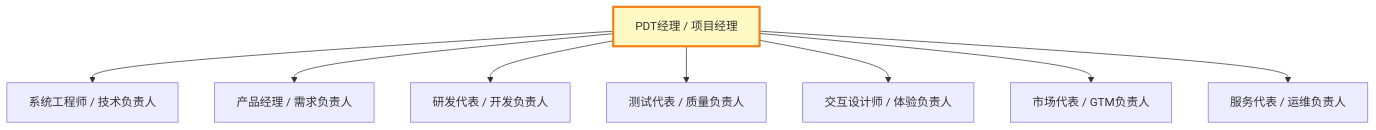
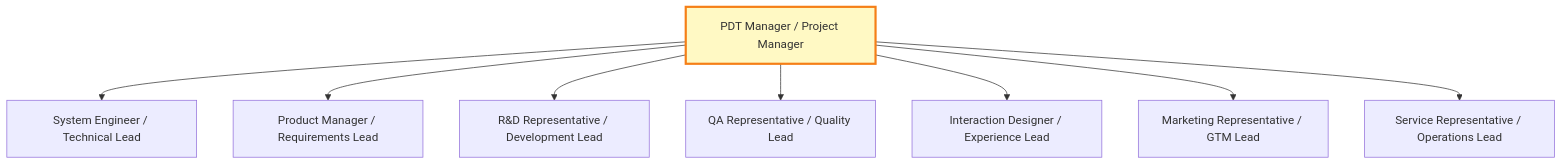
One commit to Kirky-X/cangjie changed diagram 15 of 18 in templates/产品/战略层/【模板】市场需求文档.md. Above: the diagram before and after it, drawn with Mermaid. The commit also changed other lines of this file and 46 other files, not shown here.

````diff
--- a/templates/产品/战略层/【模板】市场需求文档.md
+++ b/templates/产品/战略层/【模板】市场需求文档.md
@@ -644,12 +644,12 @@
 ```mermaid
 graph TD
-    PDT[PDT经理 / 项目经理] --> SE[系统工程师 / 技术负责人]
-    PDT --> PM[产品经理 / 需求负责人]
-    PDT --> RD[研发代表 / 开发负责人]
-    PDT --> QA[测试代表 / 质量负责人]
-    PDT --> ID[交互设计师 / 体验负责人]
-    PDT --> MKT[市场代表 / GTM负责人]
-    PDT --> SVC[服务代表 / 运维负责人]
+    PDT[PDT Manager / Project Manager] --> SE[System Engineer / Technical Lead]
+    PDT --> PM[Product Manager / Requirements Lead]
+    PDT --> RD[R&D Representative / Development Lead]
+    PDT --> QA[QA Representative / Quality Lead]
+    PDT --> ID[Interaction Designer / Experience Lead]
+    PDT --> MKT[Marketing Representative / GTM Lead]
+    PDT --> SVC[Service Representative / Operations Lead]
 
     style PDT fill:#fff9c4,stroke:#f57f17,stroke-width:3px
 ```
````
